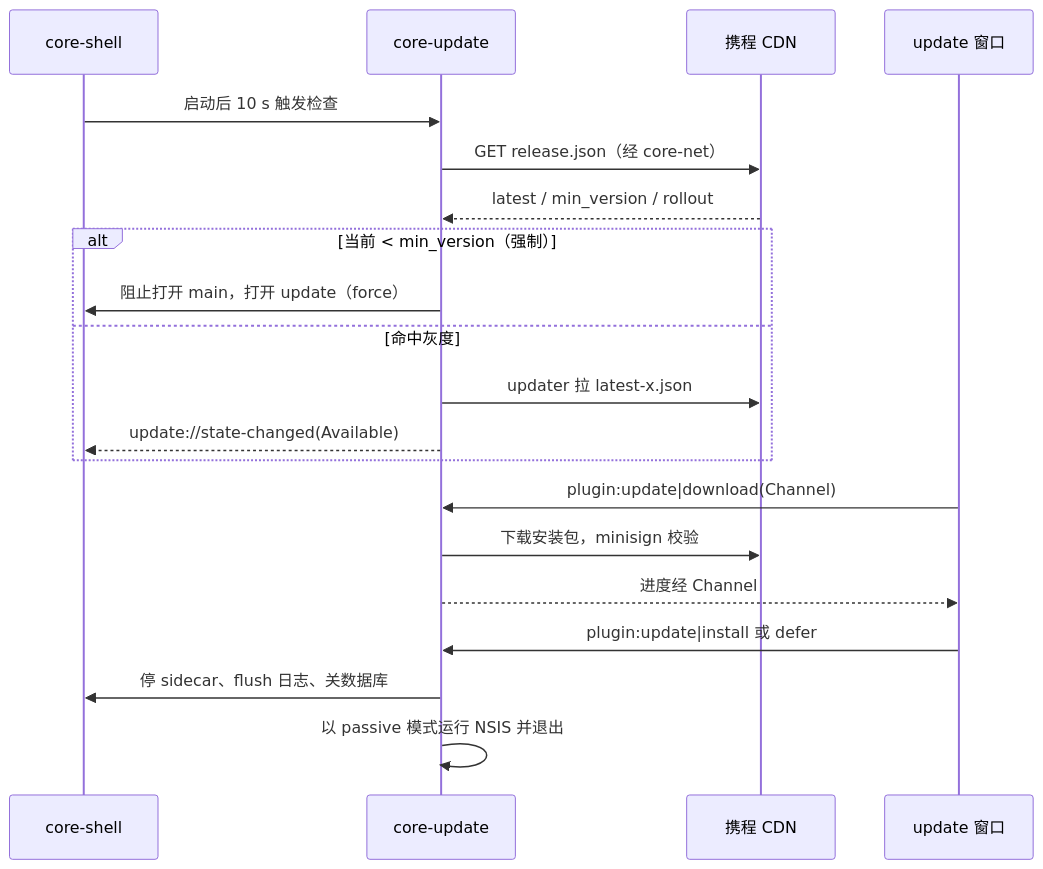
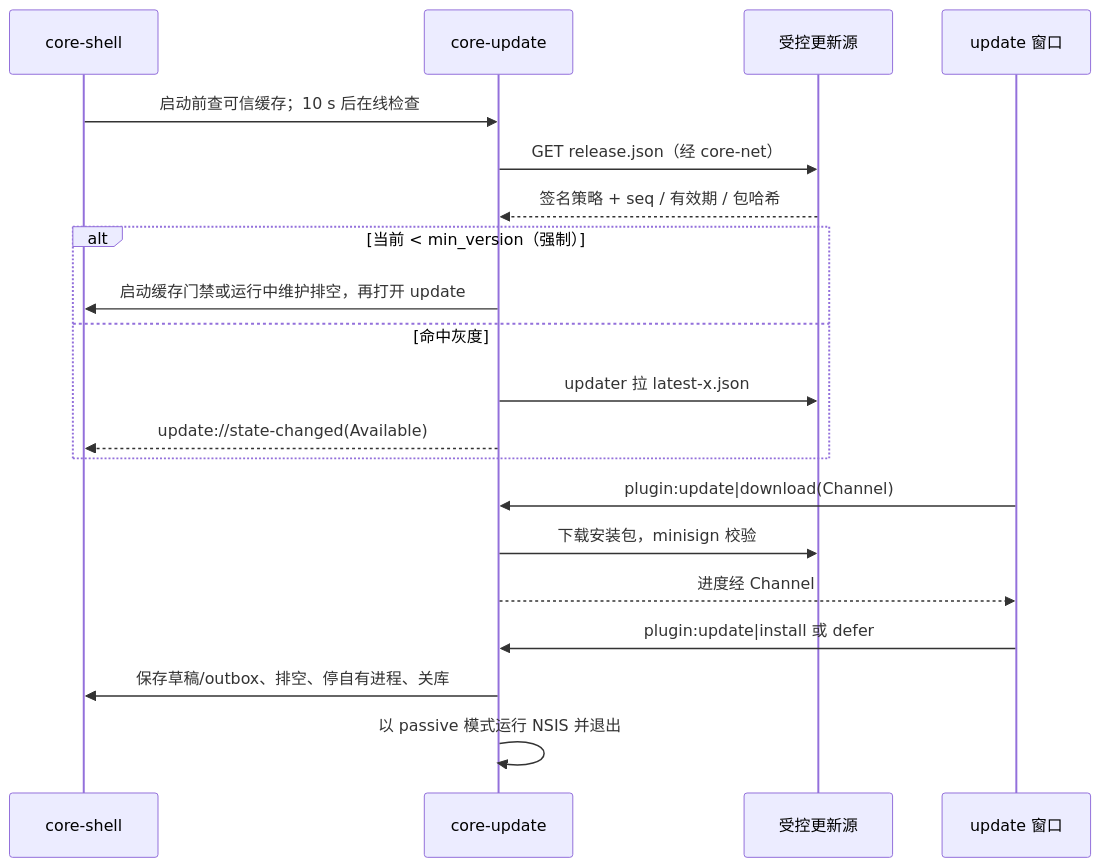
Before and after one commit to meruchan0623/Ctrip-vbk-refact: the diagram in docs/dev/08-update-telemetry.md, drawn with Mermaid. The commit also changed other lines of this file and 31 other files, not shown here.

First line of the commit message:
Update architecture plans from final review

````diff
--- a/docs/dev/08-update-telemetry.md
+++ b/docs/dev/08-update-telemetry.md
@@ -281,22 +289,22 @@
 ```mermaid
 sequenceDiagram
   participant Sh as core-shell
   participant Up as core-update
-  participant CDN as 携程 CDN
+  participant CDN as 受控更新源
   participant UW as update 窗口
-  Sh->>Up: 启动后 10 s 触发检查
+  Sh->>Up: 启动前查可信缓存；10 s 后在线检查
   Up->>CDN: GET release.json（经 core-net）
-  CDN-->>Up: latest / min_version / rollout
+  CDN-->>Up: 签名策略 + seq / 有效期 / 包哈希
   alt 当前 < min_version（强制）
-    Up->>Sh: 阻止打开 main，打开 update（force）
+    Up->>Sh: 启动缓存门禁或运行中维护排空，再打开 update
   else 命中灰度
     Up->>CDN: updater 拉 latest-x.json
     Up-->>Sh: update://state-changed(Available)
   end
   UW->>Up: plugin:update|download(Channel)
   Up->>CDN: 下载安装包，minisign 校验
   Up-->>UW: 进度经 Channel
   UW->>Up: plugin:update|install 或 defer
-  Up->>Sh: 停 sidecar、flush 日志、关数据库
+  Up->>Sh: 保存草稿/outbox、排空、停自有进程、关库
   Up->>Up: 以 passive 模式运行 NSIS 并退出
 ```
````
